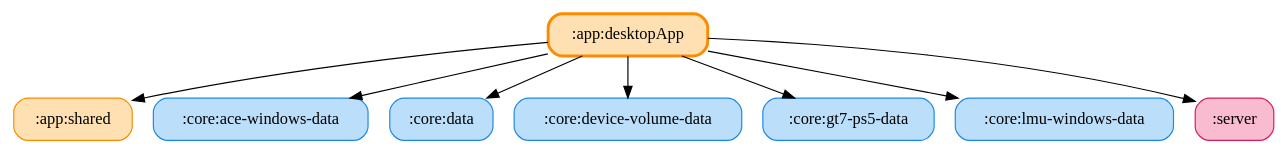
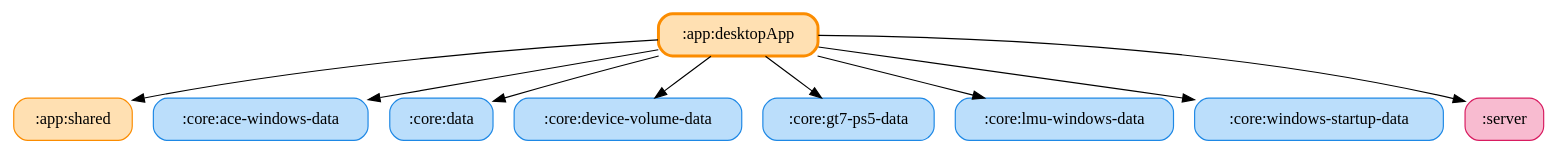
One commit to ai-kurou/KoDriver changed the diagram in docs/graphs/app-desktopApp.gv. Above: the diagram before and after it, drawn with Graphviz. The commit also changed 7 other files, not shown here.

Commit message:
chore: update module graph images

```diff
--- a/docs/graphs/app-desktopApp.gv
+++ b/docs/graphs/app-desktopApp.gv
@@ -1,19 +1,21 @@
 digraph G {
   rankdir=TB
   node [shape=box, style="rounded,filled"]
   ":app:desktopApp" [fillcolor="#FFE0B2", color="#FB8C00", penwidth=2.5]
   ":app:shared" [fillcolor="#FFE0B2", color="#FB8C00", penwidth=1]
   ":core:ace-windows-data" [fillcolor="#BBDEFB", color="#1E88E5", penwidth=1]
   ":core:data" [fillcolor="#BBDEFB", color="#1E88E5", penwidth=1]
   ":core:device-volume-data" [fillcolor="#BBDEFB", color="#1E88E5", penwidth=1]
   ":core:gt7-ps5-data" [fillcolor="#BBDEFB", color="#1E88E5", penwidth=1]
   ":core:lmu-windows-data" [fillcolor="#BBDEFB", color="#1E88E5", penwidth=1]
+  ":core:windows-startup-data" [fillcolor="#BBDEFB", color="#1E88E5", penwidth=1]
   ":server" [fillcolor="#F8BBD0", color="#D81B60", penwidth=1]
   ":app:desktopApp" -> ":app:shared"
   ":app:desktopApp" -> ":core:data"
   ":app:desktopApp" -> ":core:lmu-windows-data"
   ":app:desktopApp" -> ":core:gt7-ps5-data"
   ":app:desktopApp" -> ":core:ace-windows-data"
   ":app:desktopApp" -> ":core:device-volume-data"
+  ":app:desktopApp" -> ":core:windows-startup-data"
   ":app:desktopApp" -> ":server"
 }
```
